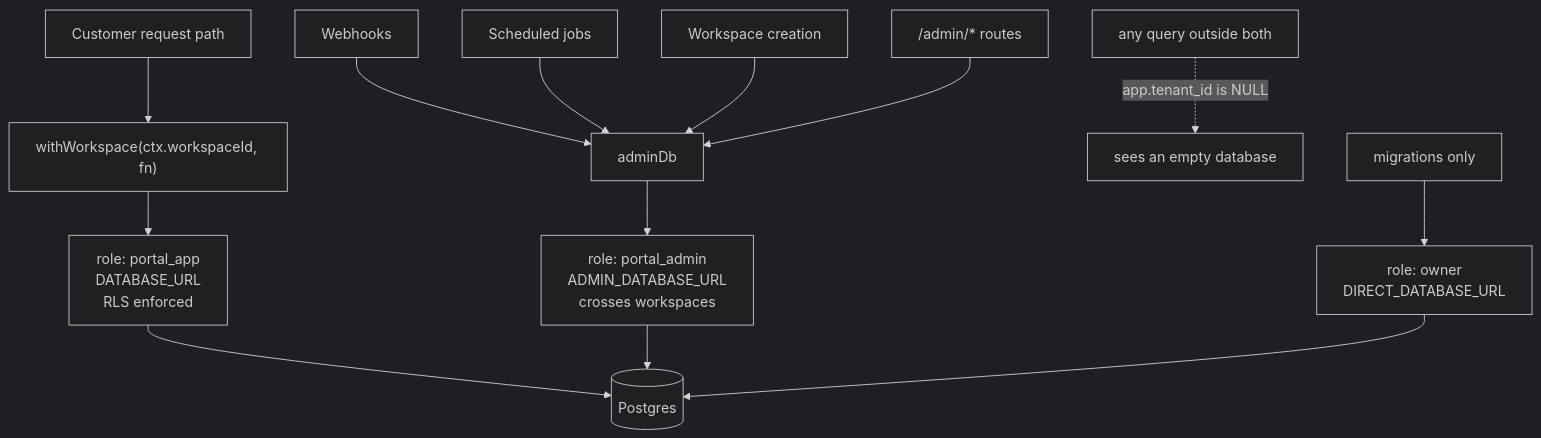
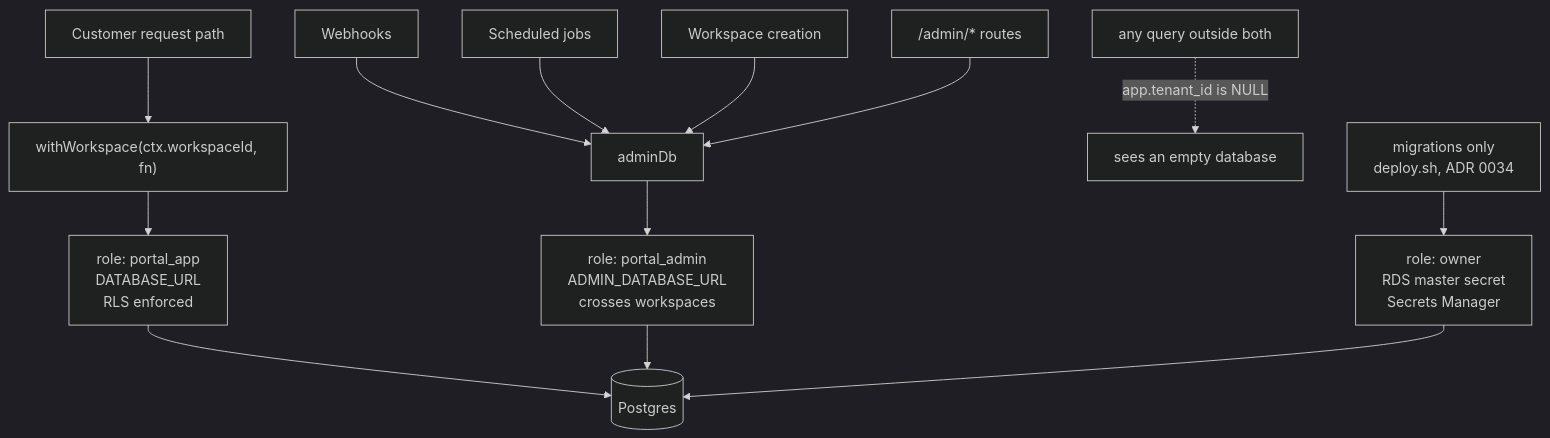
Before and after one commit to saksham-metacognixion/Voice-Agent: the fifth of 22 diagrams in docs/architecture.md, drawn with Mermaid (dark theme). The commit also changed other lines of this file and 1 other file, not shown here.

First line of the commit message:
docs: record the Canadian region as a reason for RDS over Neon

````diff
--- a/docs/architecture.md
+++ b/docs/architecture.md
@@ -261,19 +262,19 @@
 ```mermaid
 flowchart TB
     RQ["Customer request path"] --> WW["withWorkspace(ctx.workspaceId, fn)"]
     WH["Webhooks"] --> AD["adminDb"]
     JB["Scheduled jobs"] --> AD
     WS["Workspace creation"] --> AD
     ADM["/admin/* routes"] --> AD
 
     WW --> R1["role: portal_app<br/>DATABASE_URL<br/>RLS enforced"]
     AD --> R2["role: portal_admin<br/>ADMIN_DATABASE_URL<br/>crosses workspaces"]
 
     R1 --> PG[("Postgres")]
     R2 --> PG
 
     X["any query outside both"] -.->|"app.tenant_id is NULL"| EMPTY["sees an empty database"]
 
-    MIG["migrations only"] --> R3["role: owner<br/>DIRECT_DATABASE_URL"]
+    MIG["migrations only<br/>deploy.sh, ADR 0034"] --> R3["role: owner<br/>RDS master secret<br/>Secrets Manager"]
     R3 --> PG
 ```
````
